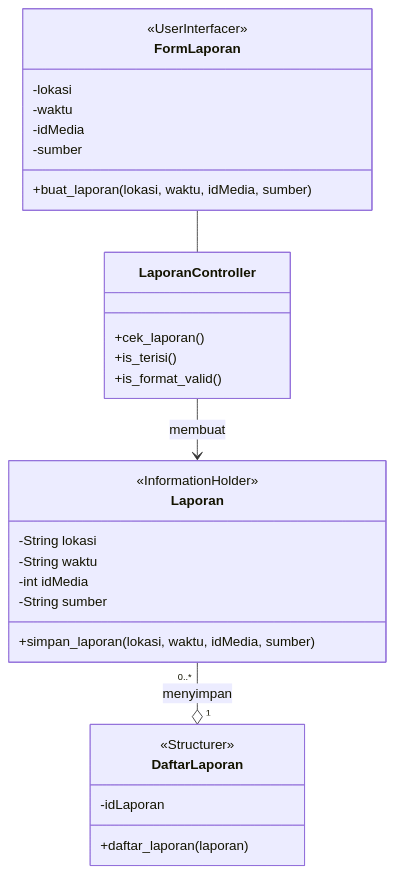
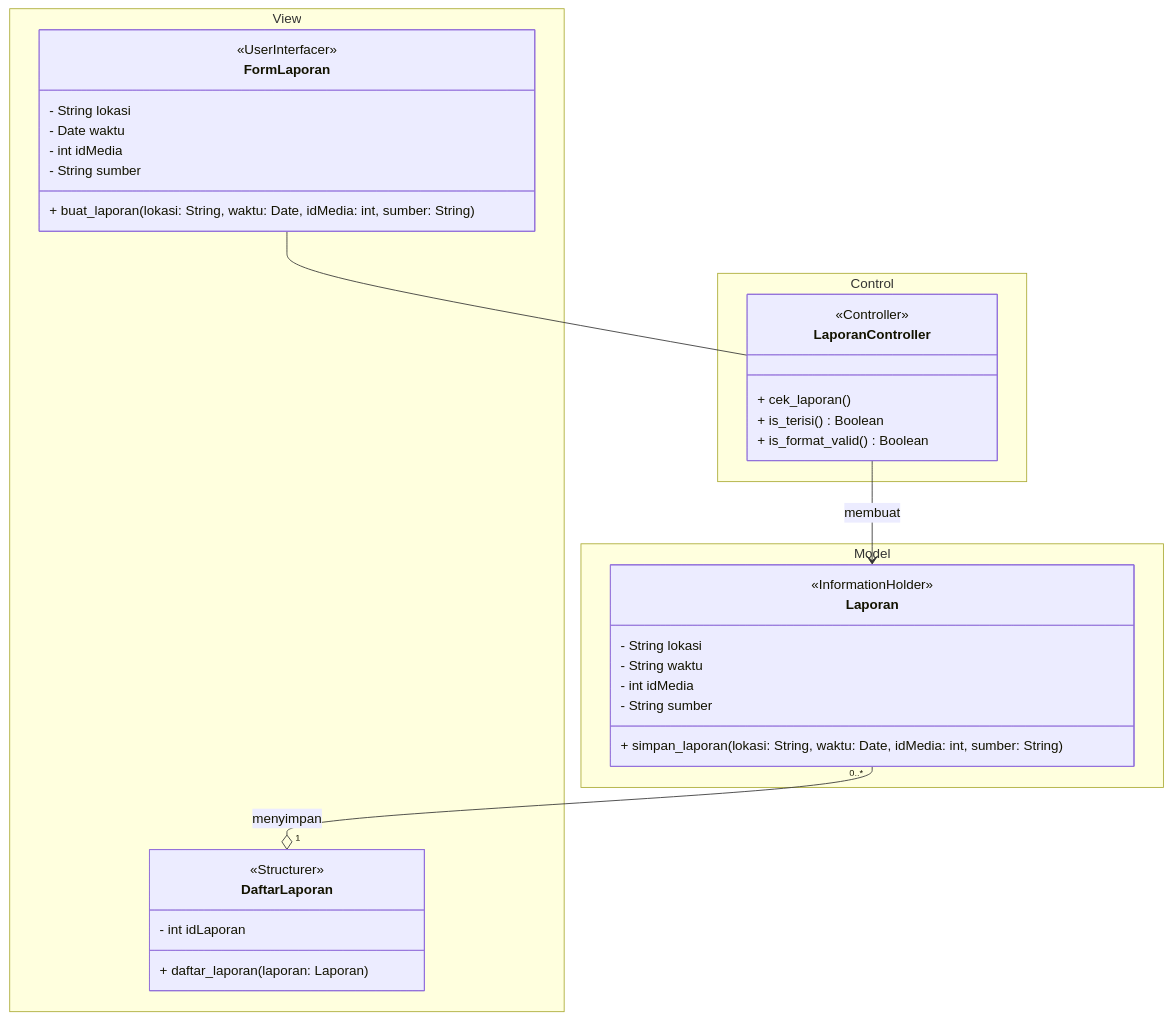
Before and after one commit to star-scripter/IF2150-RPL-K03-G02: the sixth of 9 diagrams in docs/M7/K03_G02_DPPL.md, drawn with Mermaid. The commit also changed other lines of this file, not shown here.

Commit message:
docs: fix uc01

````diff
--- a/docs/M7/K03_G02_DPPL.md
+++ b/docs/M7/K03_G02_DPPL.md
@@ -405,33 +405,40 @@
 ```mermaid
 classDiagram
-    class FormLaporan {
-        <<UserInterfacer>>
-        -lokasi
-        -waktu
-        -idMedia
-        -sumber 
-        +buat_laporan(lokasi, waktu, idMedia, sumber)
+    namespace View {
+        class FormLaporan {
+            <<UserInterfacer>>
+            - String lokasi
+            - Date waktu
+            - int idMedia
+            - String sumber 
+            + buat_laporan(lokasi: String, waktu: Date, idMedia: int, sumber: String)
+        }
+        class DaftarLaporan {
+            <<Structurer>>
+            - int idLaporan
+            + daftar_laporan(laporan: Laporan)
+        }
     }
-    class LaporanController {
-        +cek_laporan()
-        +is_terisi()
-        +is_format_valid()
+    namespace Control {
+        class LaporanController {
+            <<Controller>>
+            + cek_laporan()
+            + is_terisi() Boolean
+            + is_format_valid() Boolean
+        }
     }
-    class Laporan {
-        <<InformationHolder>>
-        -String lokasi
-        -String waktu
-        -int idMedia
-        -String sumber
-        +simpan_laporan(lokasi, waktu, idMedia, sumber)
-    }
-    class DaftarLaporan {
-        <<Structurer>>
-        -idLaporan
-        +daftar_laporan(laporan)
+    namespace Model {
+        class Laporan {
+            <<InformationHolder>>
+            - String lokasi
+            - String waktu
+            - int idMedia
+            - String sumber
+            + simpan_laporan(lokasi: String, waktu: Date, idMedia: int, sumber: String)
+        }
     }
 
     FormLaporan -- LaporanController
     LaporanController --> Laporan : membuat
     Laporan "0..*" --o "1" DaftarLaporan : menyimpan
 ```
````
